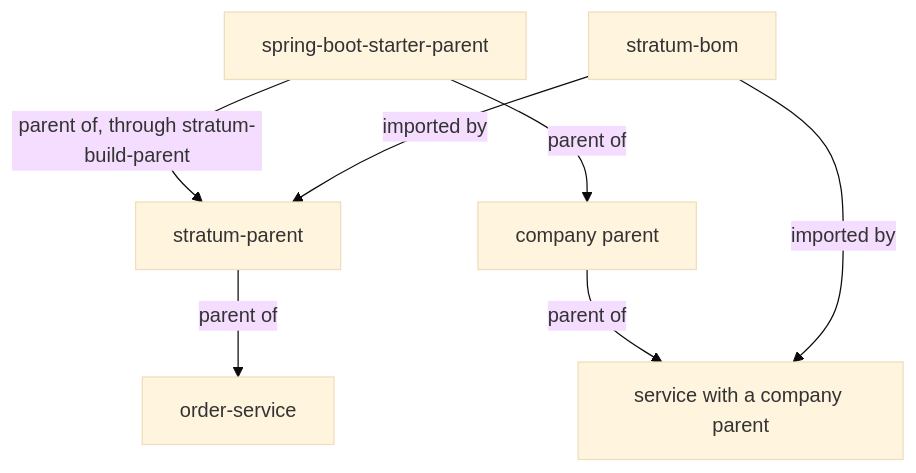
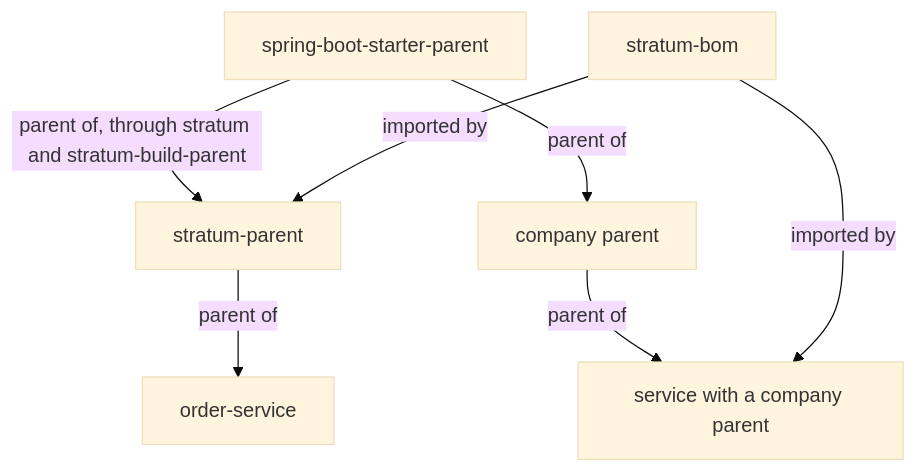
One commit to exepex/stratum changed the diagram in docs/modules/parent-and-bom.md. Above: the diagram before and after it, drawn with Mermaid (base theme). The commit also changed other lines of this file and 12 other files, not shown here.

````diff
--- a/docs/modules/parent-and-bom.md
+++ b/docs/modules/parent-and-bom.md
@@ -20,9 +20,9 @@
 ```mermaid
 flowchart TD
-    SB[spring-boot-starter-parent] -->|parent of, through stratum-build-parent| SP[stratum-parent]
+    SB[spring-boot-starter-parent] -->|parent of, through stratum and stratum-build-parent| SP[stratum-parent]
     SB -->|parent of| CP[company parent]
     BOM[stratum-bom] -->|imported by| SP
     SP -->|parent of| S1[order-service]
     CP -->|parent of| S2[service with a company parent]
     BOM -->|imported by| S2
 ```
````
